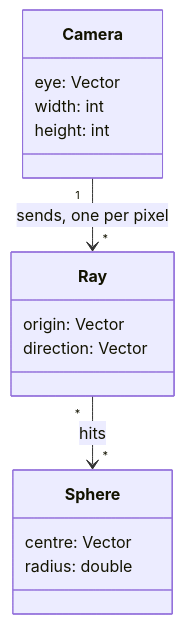
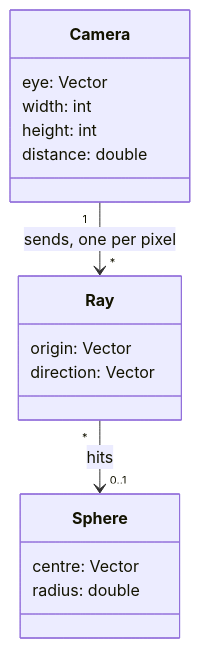
Before and after one commit to Mathis-brgs/Raytracer: the diagram in docs/domain/domain-model.md, drawn with Mermaid. The commit also changed other lines of this file and 3 other files, not shown here.

````diff
--- a/docs/domain/domain-model.md
+++ b/docs/domain/domain-model.md
@@ -6,19 +6,20 @@
 ```mermaid
 classDiagram
     Camera "1" --> "*" Ray : sends, one per pixel
-    Ray "*" --> "*" Sphere : hits
+    Ray "*" --> "0..1" Sphere : hits
 
     class Camera {
         eye: Vector
         width: int
         height: int
+        distance: double
     }
     class Ray {
         origin: Vector
         direction: Vector
     }
     class Sphere {
         centre: Vector
         radius: double
     }
 ```
````
